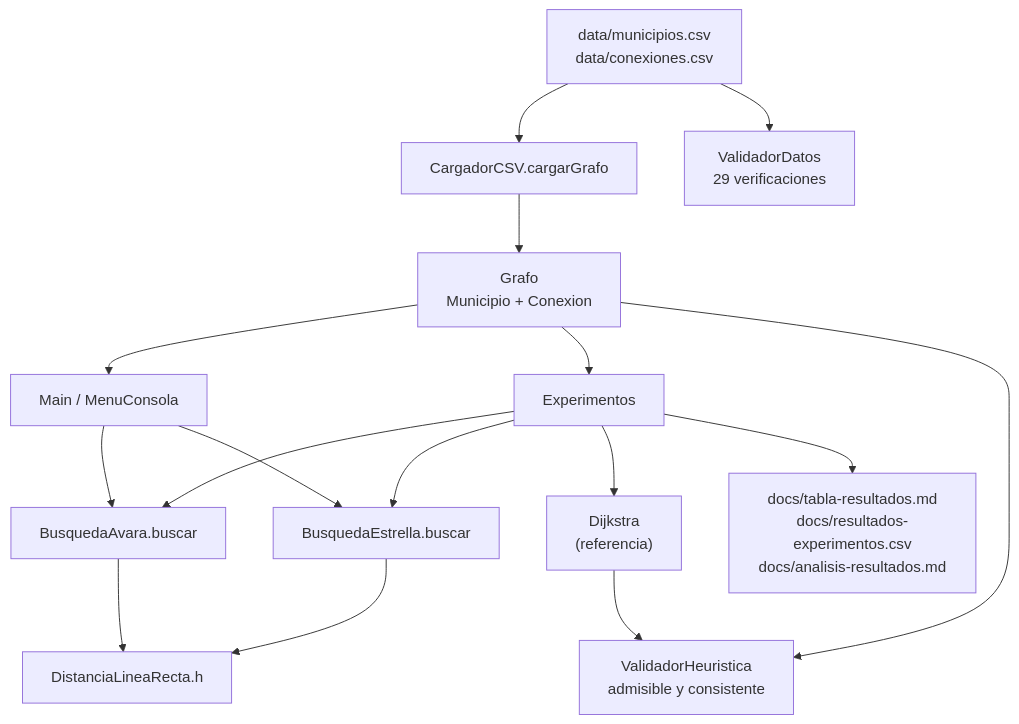
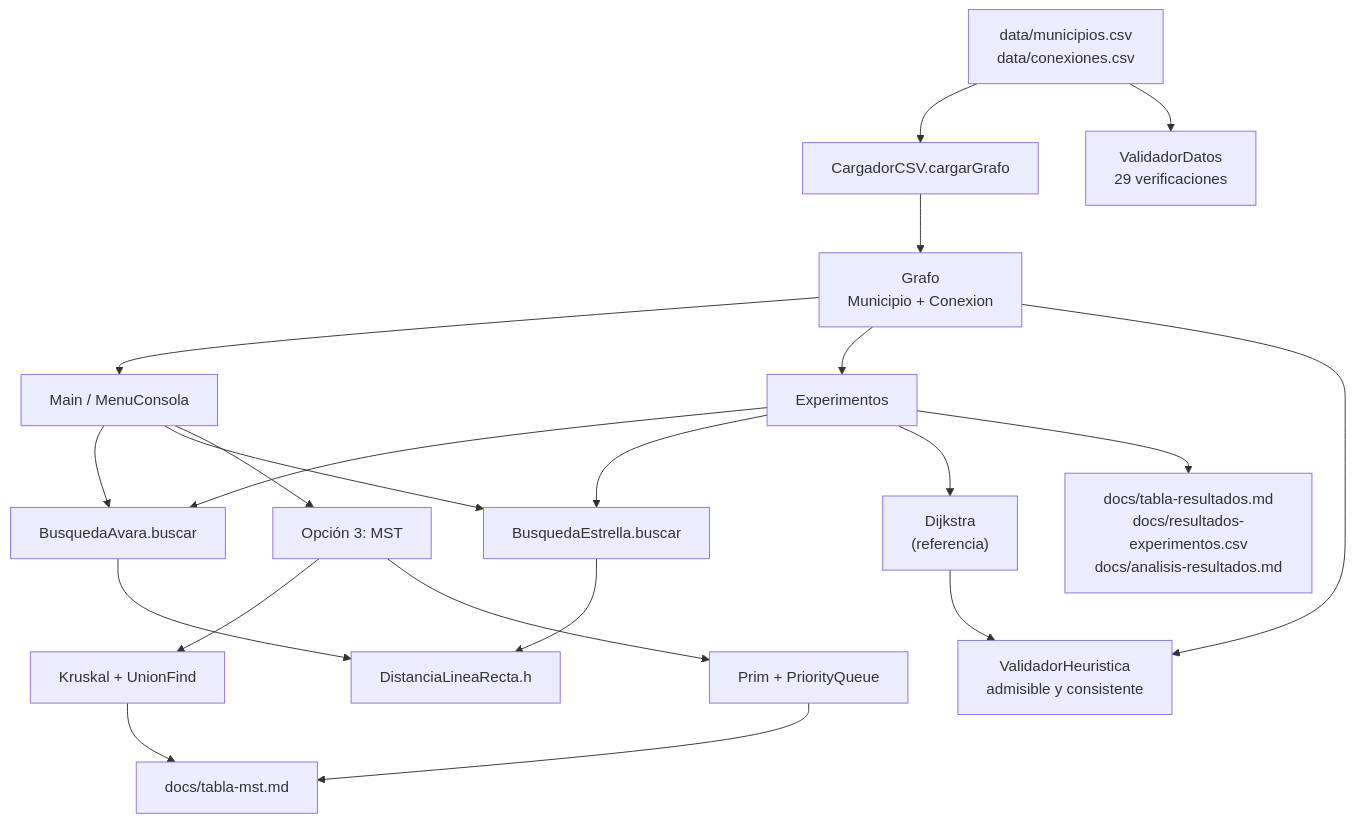
One commit to JuliGR05/Busqueda-municipios changed the second of 2 diagrams in docs/diagrama-clases.md. Above: the diagram before and after it, drawn with Mermaid. The commit also changed other lines of this file and 2 other files, not shown here.

Commit message:
Closes #40: documenta el MST en el README, el diagrama de clases y las diapositivas

````diff
--- a/docs/diagrama-clases.md
+++ b/docs/diagrama-clases.md
@@ -168,18 +228,23 @@
 ```mermaid
 flowchart TD
     A["data/municipios.csv<br/>data/conexiones.csv"] --> B["CargadorCSV.cargarGrafo"]
     B --> C["Grafo<br/>Municipio + Conexion"]
     C --> D["Main / MenuConsola"]
     C --> E["Experimentos"]
     D --> F["BusquedaAvara.buscar"]
     D --> G["BusquedaEstrella.buscar"]
     E --> F
     E --> G
     E --> H["Dijkstra<br/>(referencia)"]
     F --> I["DistanciaLineaRecta.h"]
     G --> I
     E --> J["docs/tabla-resultados.md<br/>docs/resultados-experimentos.csv<br/>docs/analisis-resultados.md"]
     A --> K["ValidadorDatos<br/>29 verificaciones"]
     C --> L["ValidadorHeuristica<br/>admisible y consistente"]
     H --> L
+    D --> M["Opción 3: MST"]
+    M --> N["Kruskal + UnionFind"]
+    M --> O["Prim + PriorityQueue"]
+    N --> P["docs/tabla-mst.md"]
+    O --> P
 ```
````
